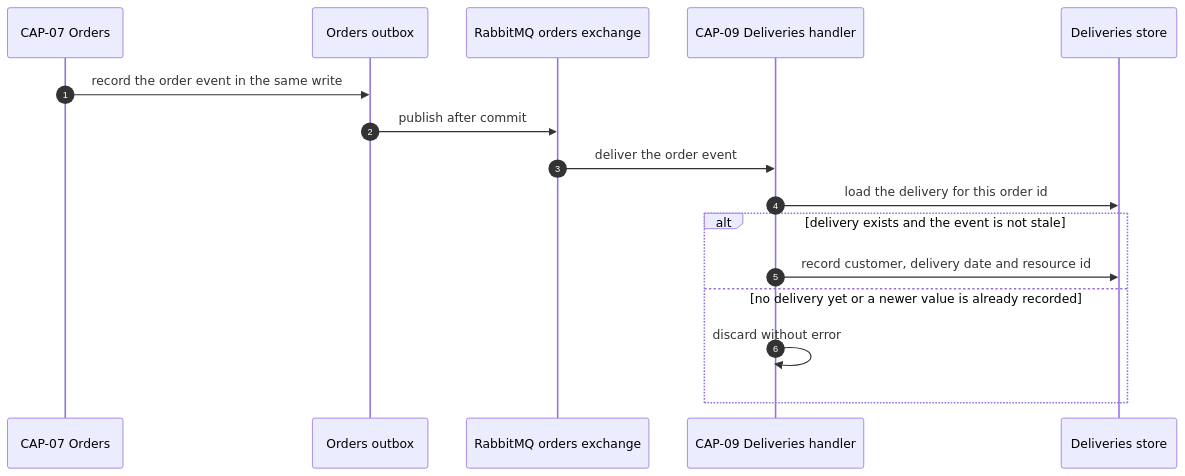
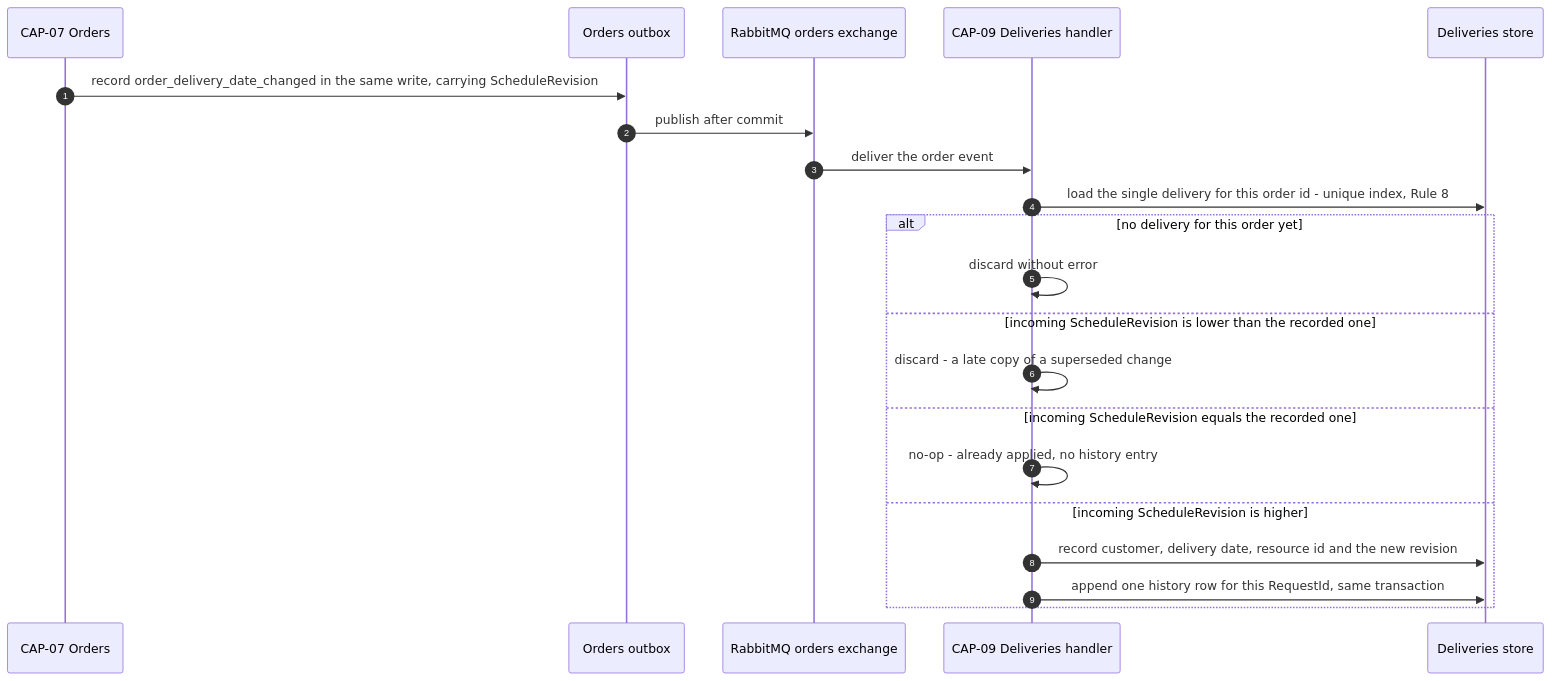
The diagram in docs/adr/event-carried-schedule-and-ownership-replica-on-deliveries.md (hianshul100/Pacco.Context), drawn with Mermaid before and after one commit. The commit also changed other lines of this file and 12 other files, not shown here.

````diff
--- a/docs/adr/event-carried-schedule-and-ownership-replica-on-deliveries.md
+++ b/docs/adr/event-carried-schedule-and-ownership-replica-on-deliveries.md
@@ -183,18 +273,23 @@
 ```mermaid
 sequenceDiagram
     autonumber
     participant ORD as CAP-07 Orders
     participant OBX as Orders outbox
     participant MQ as RabbitMQ orders exchange
     participant DEL as CAP-09 Deliveries handler
     participant DB as Deliveries store
-    ORD->>OBX: record the order event in the same write
+    ORD->>OBX: record order_delivery_date_changed in the same write, carrying ScheduleRevision
     OBX->>MQ: publish after commit
     MQ->>DEL: deliver the order event
-    DEL->>DB: load the delivery for this order id
-    alt delivery exists and the event is not stale
-        DEL->>DB: record customer, delivery date and resource id
-    else no delivery yet or a newer value is already recorded
+    DEL->>DB: load the single delivery for this order id - unique index, Rule 8
+    alt no delivery for this order yet
         DEL->>DEL: discard without error
+    else incoming ScheduleRevision is lower than the recorded one
+        DEL->>DEL: discard - a late copy of a superseded change
+    else incoming ScheduleRevision equals the recorded one
+        DEL->>DEL: no-op - already applied, no history entry
+    else incoming ScheduleRevision is higher
+        DEL->>DB: record customer, delivery date, resource id and the new revision
+        DEL->>DB: append one history row for this RequestId, same transaction
     end
 ```
````
